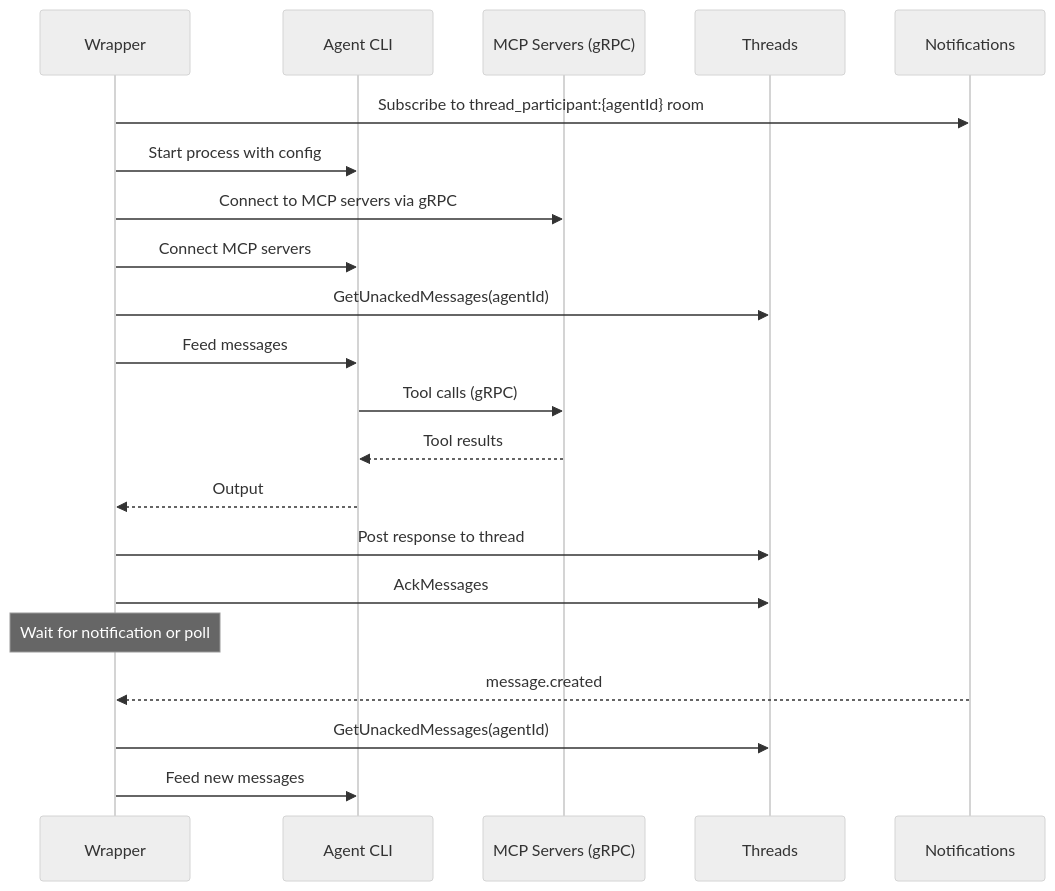
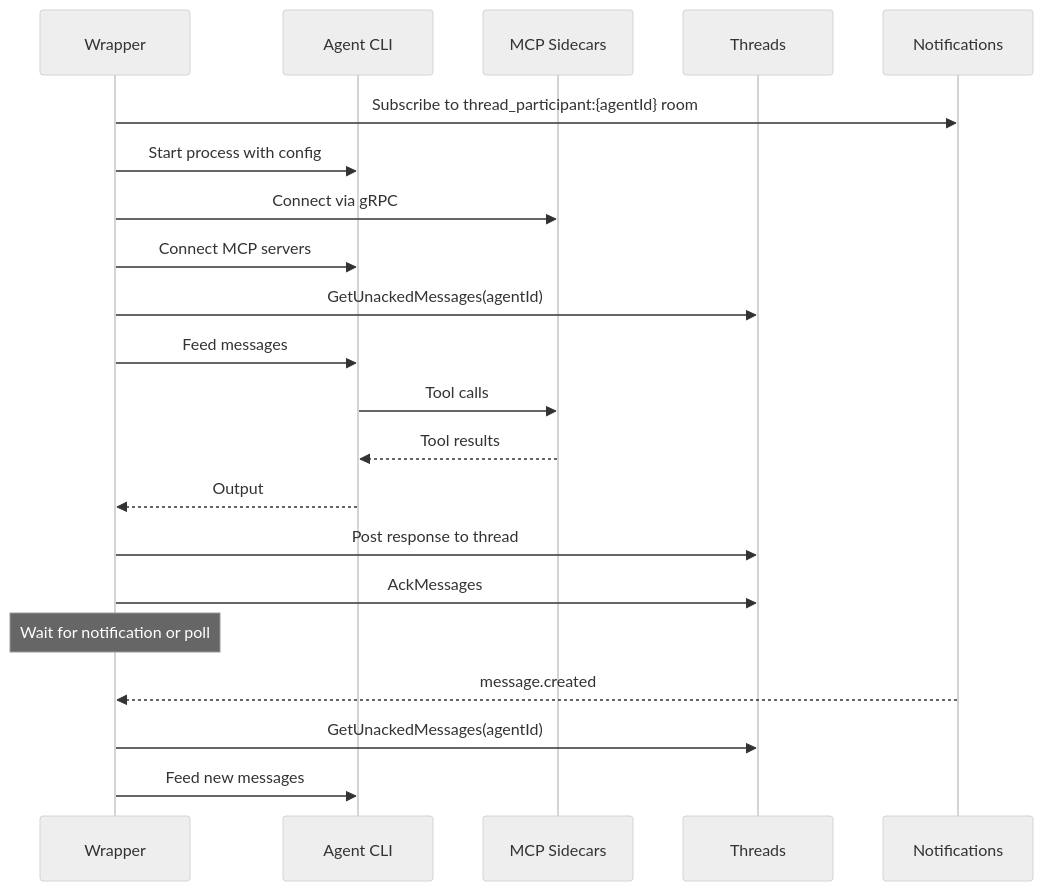
One commit to agynio/architecture changed the third of 4 diagrams in architecture/agent/overview.md. Above: the diagram before and after it, drawn with Mermaid (neutral theme). The commit also changed other lines of this file and 11 other files, not shown here.

First line of the commit message:
MCP servers as sidecars, identity scoped to agentId+threadId (#35)

````diff
--- a/architecture/agent/overview.md
+++ b/architecture/agent/overview.md
@@ -116,24 +111,24 @@
 ```mermaid
 sequenceDiagram
     participant W as Wrapper
     participant CLI as Agent CLI
-    participant MCP as MCP Servers (gRPC)
+    participant MCP as MCP Sidecars
     participant T as Threads
     participant N as Notifications
 
     W->>N: Subscribe to thread_participant:{agentId} room
     W->>CLI: Start process with config
-    W->>MCP: Connect to MCP servers via gRPC
+    W->>MCP: Connect via gRPC
     W->>CLI: Connect MCP servers
     W->>T: GetUnackedMessages(agentId)
     W->>CLI: Feed messages
-    CLI->>MCP: Tool calls (gRPC)
+    CLI->>MCP: Tool calls
     MCP-->>CLI: Tool results
     CLI-->>W: Output
     W->>T: Post response to thread
     W->>T: AckMessages
     Note over W: Wait for notification or poll
     N-->>W: message.created
     W->>T: GetUnackedMessages(agentId)
     W->>CLI: Feed new messages
 ```
````
